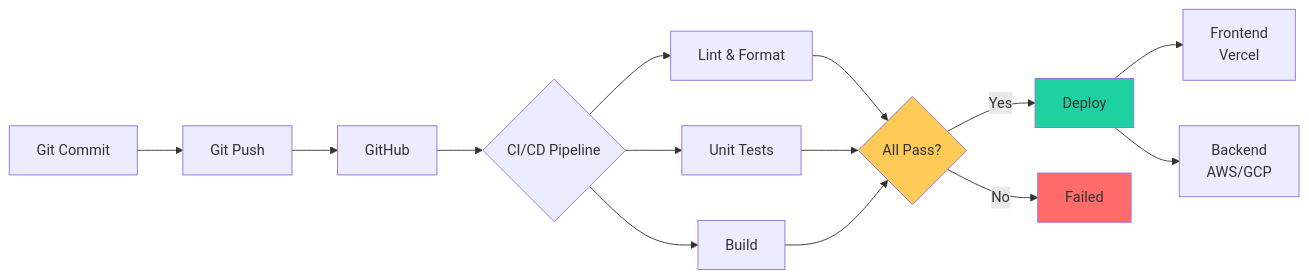
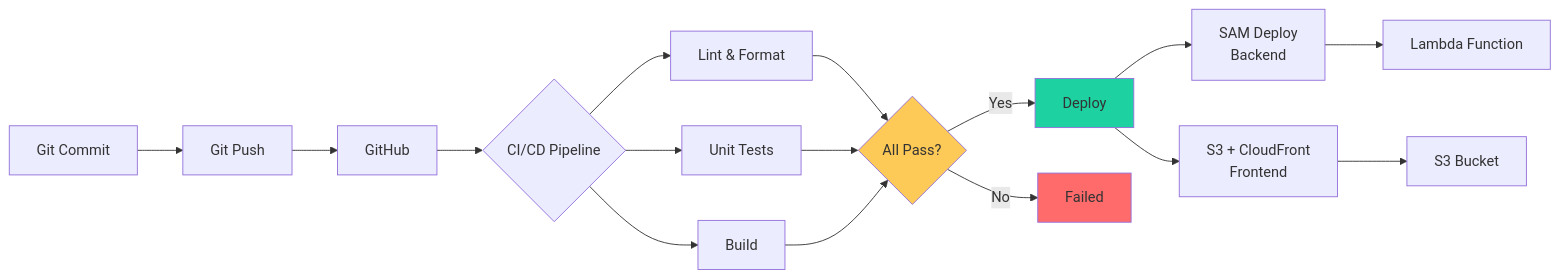
One commit to bucq/ai-avater changed the second of 2 diagrams in document/14-デプロイメント.md. Above: the diagram before and after it, drawn with Mermaid. The commit also changed other lines of this file and 49 other files, not shown here.

````diff
--- a/document/14-デプロイメント.md
+++ b/document/14-デプロイメント.md
@@ -48,25 +52,28 @@
 ```mermaid
 graph LR
     Commit[Git Commit] --> Push[Git Push]
     Push --> GH[GitHub]
     
     GH --> CI{CI/CD Pipeline}
     
     CI --> Lint[Lint & Format]
     CI --> Test[Unit Tests]
     CI --> Build[Build]
     
     Lint --> Check{All Pass?}
     Test --> Check
     Build --> Check
     
     Check -->|Yes| Deploy[Deploy]
     Check -->|No| Fail[Failed]
-    
-    Deploy --> ProdFE[Frontend<br/>Vercel]
-    Deploy --> ProdBE[Backend<br/>AWS/GCP]
+
+    Deploy --> SAMDeploy[SAM Deploy<br/>Backend]
+    Deploy --> S3Deploy[S3 + CloudFront<br/>Frontend]
+
+    SAMDeploy --> Lambda[Lambda Function]
+    S3Deploy --> S3[S3 Bucket]
     
     style Check fill:#feca57
     style Deploy fill:#1dd1a1
     style Fail fill:#ff6b6b
 ```
````
